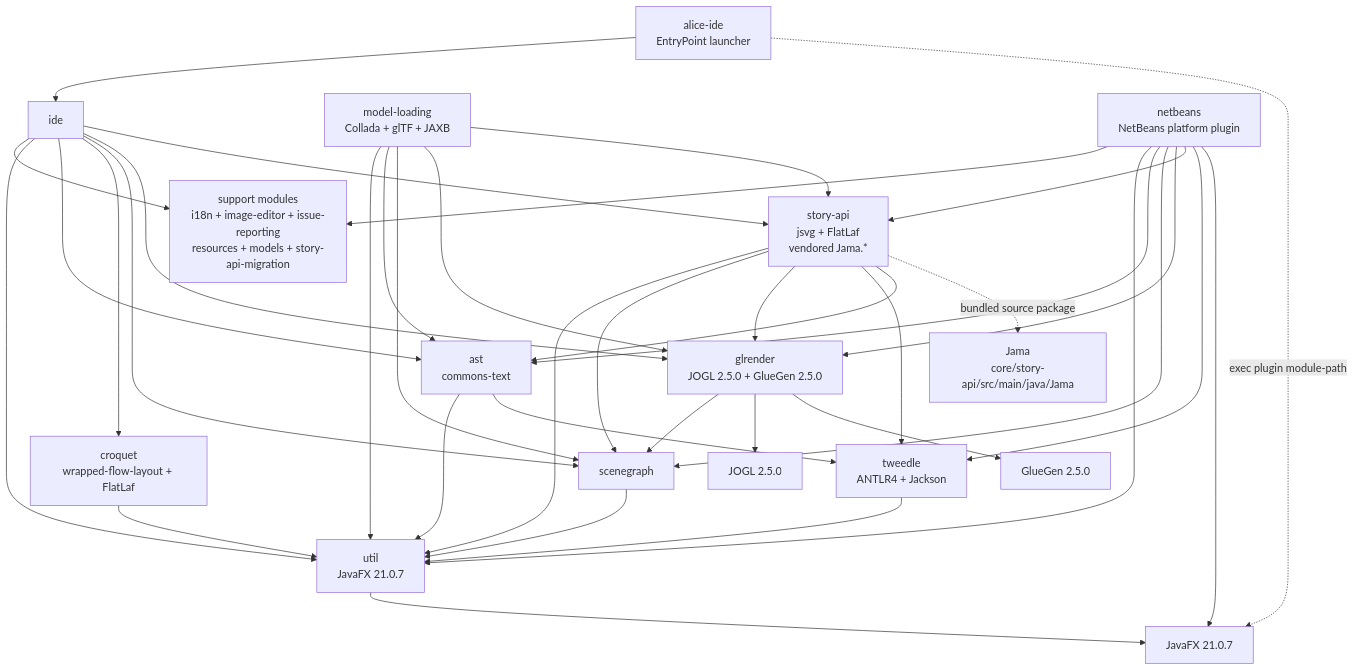
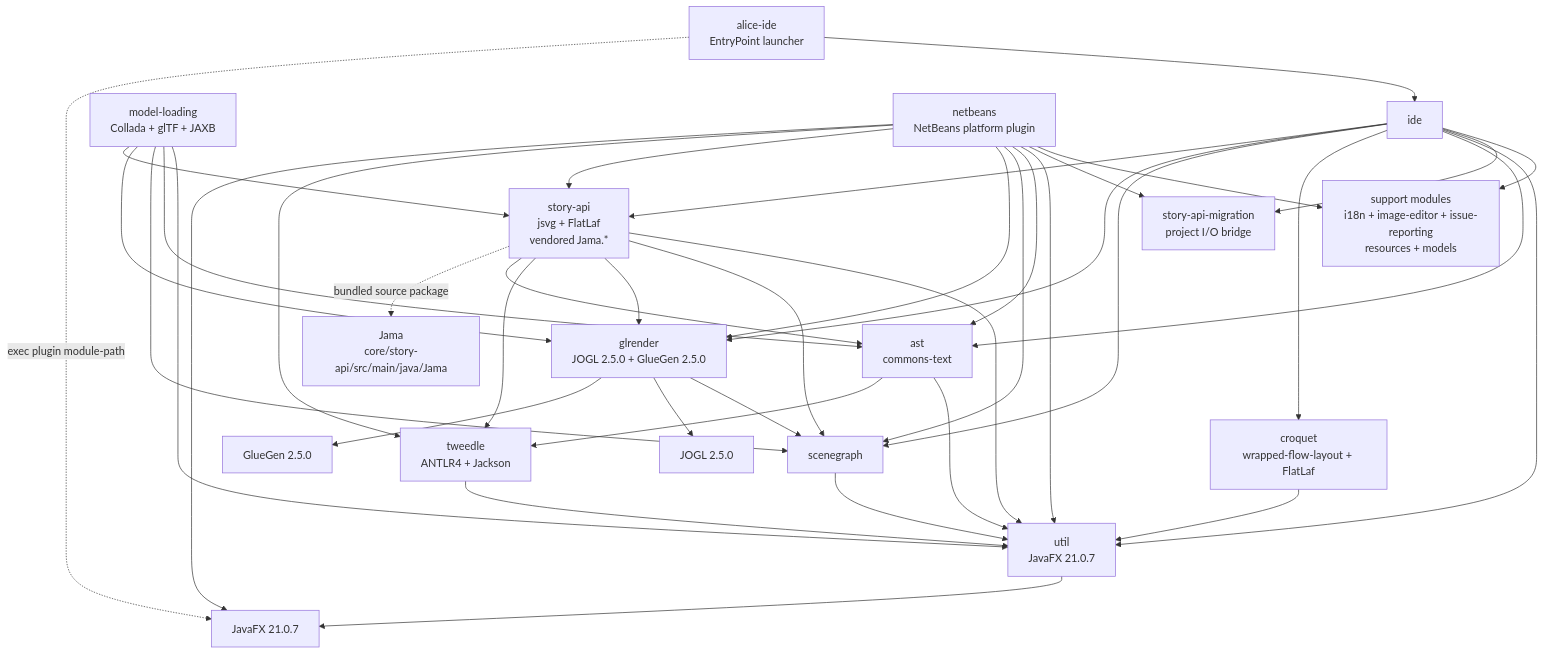
The first of 2 diagrams in docs/atlas/compile-deps/README.md (asw101/RabbitHole), drawn with Mermaid before and after one commit. The commit also changed other lines of this file and 11 other files, not shown here.

First line of the commit message:
fix: correct atlas documentation for data-flow, compile-deps, api-contracts, and user-journeys

````diff
--- a/docs/atlas/compile-deps/README.md
+++ b/docs/atlas/compile-deps/README.md
@@ -14,54 +15,57 @@
 ```mermaid
 flowchart TD
   util["util<br/>JavaFX 21.0.7"]
   tweedle["tweedle<br/>ANTLR4 + Jackson"]
   ast["ast<br/>commons-text"]
   scenegraph["scenegraph"]
   glrender["glrender<br/>JOGL 2.5.0 + GlueGen 2.5.0"]
   storyapi["story-api<br/>jsvg + FlatLaf<br/>vendored Jama.*"]
   croquet["croquet<br/>wrapped-flow-layout + FlatLaf"]
-  support["support modules<br/>i18n + image-editor + issue-reporting<br/>resources + models + story-api-migration"]
+  support["support modules<br/>i18n + image-editor + issue-reporting<br/>resources + models"]
+  migration["story-api-migration<br/>project I/O bridge"]
   ide["ide"]
   modelloading["model-loading<br/>Collada + glTF + JAXB"]
   aliceide["alice-ide<br/>EntryPoint launcher"]
   netbeans["netbeans<br/>NetBeans platform plugin"]
 
   tweedle --> util
   ast --> util
   ast --> tweedle
   scenegraph --> util
   glrender --> scenegraph
   storyapi --> util
   storyapi --> scenegraph
   storyapi --> glrender
   storyapi --> tweedle
   storyapi --> ast
   croquet --> util
   ide --> support
+  ide --> migration
   ide --> util
   ide --> ast
   ide --> croquet
   ide --> scenegraph
   ide --> glrender
   ide --> storyapi
   modelloading --> util
   modelloading --> ast
   modelloading --> scenegraph
   modelloading --> glrender
   modelloading --> storyapi
   aliceide --> ide
   netbeans --> support
+  netbeans --> migration
   netbeans --> util
   netbeans --> ast
   netbeans --> scenegraph
   netbeans --> glrender
   netbeans --> storyapi
   netbeans --> tweedle
 
   glrender --> jogl["JOGL 2.5.0"]
   glrender --> gluegen["GlueGen 2.5.0"]
   util --> javafx["JavaFX 21.0.7"]
   netbeans --> javafx
   aliceide -.exec plugin module-path.-> javafx
   storyapi -.bundled source package.-> jama["Jama<br/>core/story-api/src/main/java/Jama"]
 ```
````
